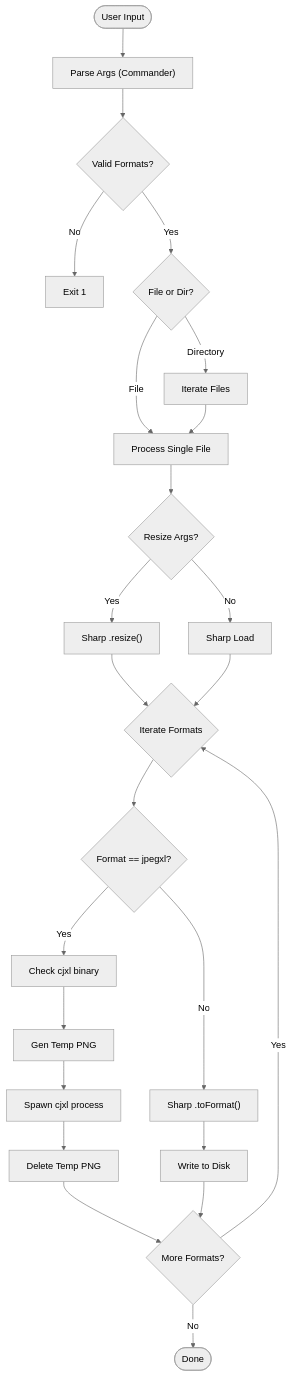
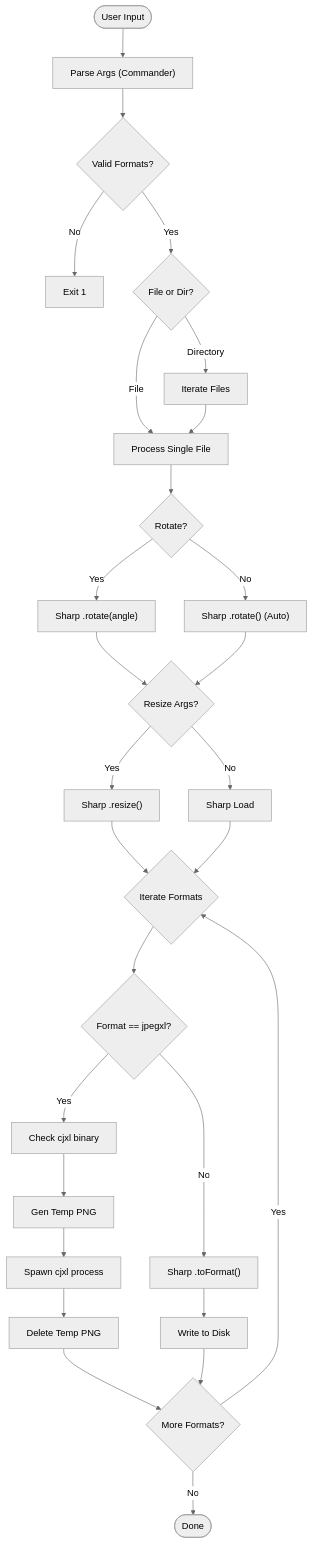
One commit to caraya/image-processor changed the diagram in EXPLAINER.md. Above: the diagram before and after it, drawn with Mermaid (neutral theme). The commit also changed other lines of this file and 3 other files, not shown here.

````diff
--- a/EXPLAINER.md
+++ b/EXPLAINER.md
@@ -102,35 +104,41 @@
 ```mermaid
 graph TD
     Start([User Input]) --> Parse["Parse Args (Commander)"]
     Parse --> Validate{Valid Formats?}
     Validate -- No --> Error[Exit 1]
     Validate -- Yes --> Detect{File or Dir?}
 
     Detect -- Directory --> Loop[Iterate Files]
     Detect -- File --> Process[Process Single File]
     Loop --> Process
 
-    Process --> Resize{Resize Args?}
+    Process --> Rotate{Rotate?}
+    Rotate -- Yes --> SharpRotate["Sharp .rotate(angle)"]
+    Rotate -- No --> SharpAutoOrient["Sharp .rotate() (Auto)"]
+
+    SharpRotate --> Resize{Resize Args?}
+    SharpAutoOrient --> Resize
+
     Resize -- Yes --> SharpResize["Sharp .resize()"]
     Resize -- No --> SharpLoad[Sharp Load]
 
     SharpResize --> FormatLoop{Iterate Formats}
     SharpLoad --> FormatLoop
 
     FormatLoop --> IsJXL{Format == jpegxl?}
 
     %% JXL Path
     IsJXL -- Yes --> CheckCJXL[Check cjxl binary]
     CheckCJXL --> GenTemp[Gen Temp PNG]
     GenTemp --> SpawnCJXL[Spawn cjxl process]
     SpawnCJXL --> CleanTemp[Delete Temp PNG]
     CleanTemp --> Next
 
     %% Standard Path
     IsJXL -- No --> SharpConvert["Sharp .toFormat()"]
     SharpConvert --> Write[Write to Disk]
     Write --> Next
 
     Next{More Formats?} -- Yes --> FormatLoop
     Next -- No --> Finish([Done])
 ```
````
